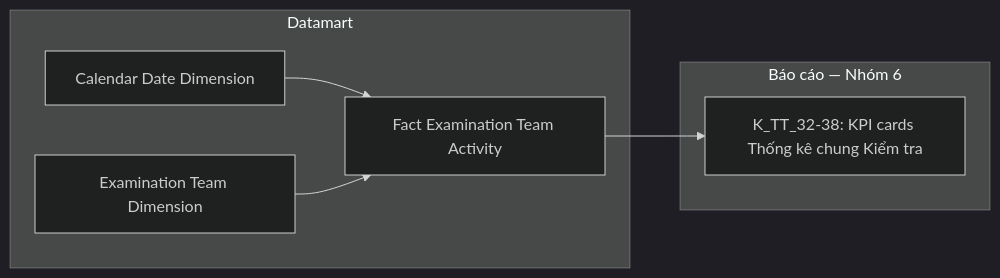
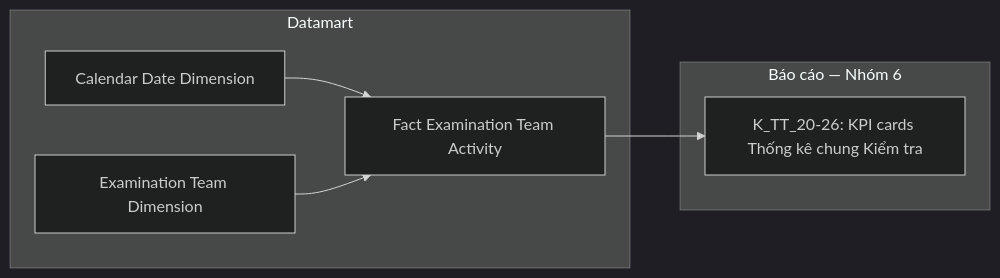
Before and after one commit to linhlvit/ubck_atomic_design: diagram 24 of 50 in Datamart/hld/DTM_TT_HLD.md, drawn with Mermaid (dark theme). The commit also changed other lines of this file and 8 other files, not shown here.

````diff
--- a/Datamart/hld/DTM_TT_HLD.md
+++ b/Datamart/hld/DTM_TT_HLD.md
@@ -867,14 +860,14 @@
 ```mermaid
 flowchart LR
     subgraph Datamart["Datamart"]
         G1["Fact Examination Team Activity"]
         G2["Calendar Date Dimension"]
         G3["Examination Team Dimension"]
     end
     subgraph RPT["Báo cáo — Nhóm 6"]
-        R1["K_TT_32-38: KPI cards Thống kê chung Kiểm tra"]
+        R1["K_TT_20-26: KPI cards Thống kê chung Kiểm tra"]
     end
     G2 --> G1
     G3 --> G1
     G1 --> R1
 ```
````
